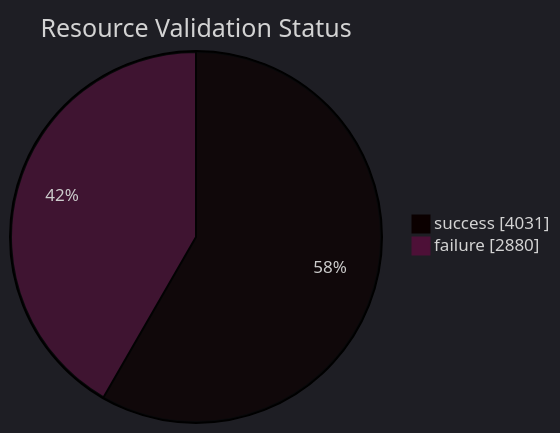
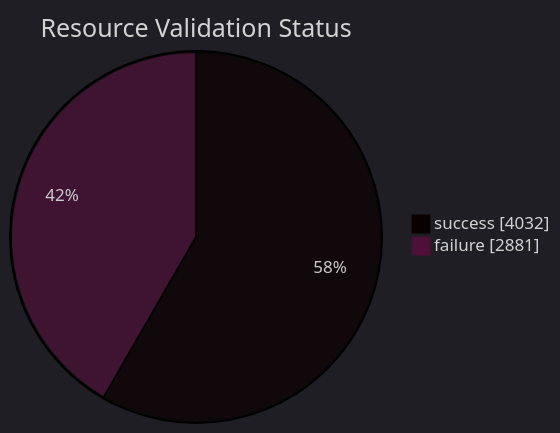
The diagram in datastore_tracker/resource_validation_status_pie_chart.md (open-data/analytics-corporate-reporting), drawn with Mermaid before and after one commit. The commit also changed 10 other files, not shown here.

````diff
--- a/datastore_tracker/resource_validation_status_pie_chart.md
+++ b/datastore_tracker/resource_validation_status_pie_chart.md
@@ -2,9 +2,9 @@
 ```mermaid
 ---
 config:
   theme: dark
 ---
 pie showData title Resource Validation Status
-    "success": 4031
-    "failure": 2880
+    "success": 4032
+    "failure": 2881
 ```
````
